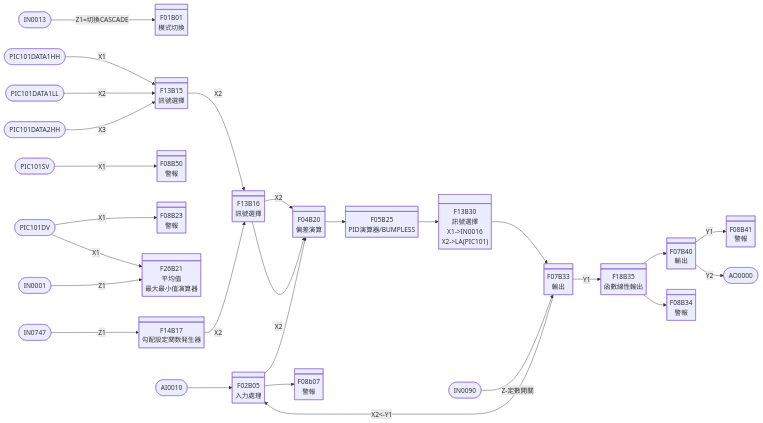
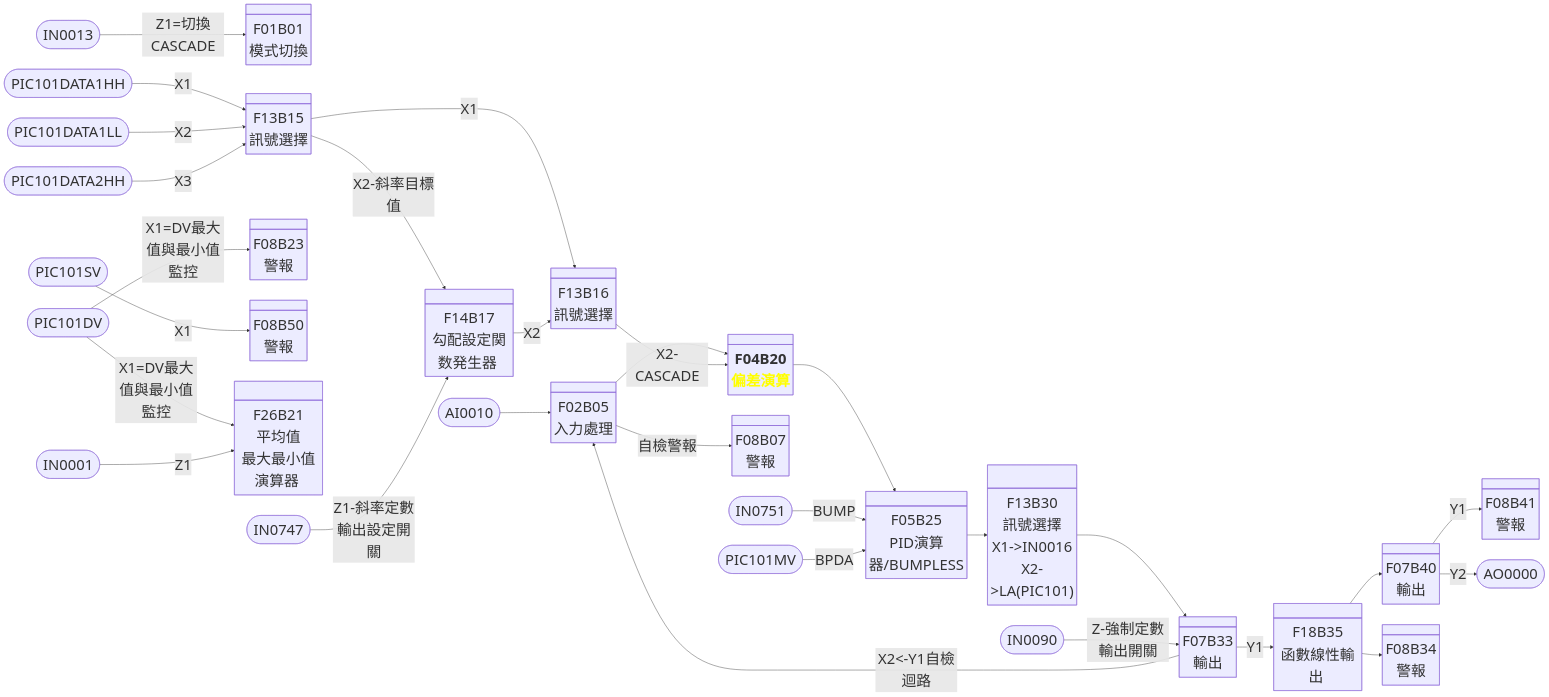
One commit to HachiTsai/Hello-World changed the third of 3 diagrams in EX-N01A-NOTE/ST1-4/DDC/Loop.md. Above: the diagram before and after it, drawn with Mermaid. The commit also changed other lines of this file and 12 other files, not shown here.

````diff
--- a/EX-N01A-NOTE/ST1-4/DDC/Loop.md
+++ b/EX-N01A-NOTE/ST1-4/DDC/Loop.md
@@ -50,65 +50,77 @@
 ```mermaid
+%%{init: {'themeVariables': {'fontSize': '36px'}}}%% 
 flowchart LR
         F01B01@{ shape: div-rect, label: "F01B01<br>模式切換" }
 
         F02B05@{ shape: div-rect, label: "F02B05<br>入力處理" }
-        F04B20@{ shape: div-rect, label: "F04B20<br>偏差演算 " }
+        F04B20@{ shape: div-rect, label: "**F04B20**<br><span style="color: yellow; font-weight: bold;">偏差演算</span>" }
         F05B25@{ shape: div-rect, label: "F05B25<br>PID演算器/BUMPLESS" }
         F13B30@{ shape: div-rect, label: "F13B30<br>訊號選擇<br>X1->IN0016<br>X2->LA(PIC101)"}
         F07B33@{ shape: div-rect, label: "F07B33<br>輸出 " }
-        F08B07@{ shape: div-rect, label: "F08b07<br>警報 " }
+        F08B07@{ shape: div-rect, label: "F08B07<br>警報 " }
 
         F13B15@{ shape: div-rect, label: "F13B15<br>訊號選擇 " }
         F13B16@{ shape: div-rect, label: "F13B16<br>訊號選擇 " }
         F08B23@{ shape: div-rect, label: "F08B23<br>警報 " }
 
         F18B35@{ shape: div-rect, label: "F18B35<br>函數線性輸出 " }
         F07B40@{ shape: div-rect, label: "F07B40<br>輸出 " }
 
         F08B50@{ shape: div-rect, label: "F08B50<br>警報 " }
         F08B34@{ shape: div-rect, label: "F08B34<br>警報 " }
         F08B41@{ shape: div-rect, label: "F08B41<br>警報 " }
         F26B21@{ shape: div-rect, label: "F26B21<br>平均值<br>最大最小值演算器 " }
         F14B17@{ shape: div-rect, label: "F14B17<br>勾配設定関数発生器 " }
 
         PIC101DATA1HH([PIC101DATA1HH])
         PIC101DATA1LL([PIC101DATA1LL])
         PIC101DATA2HH([PIC101DATA2HH])
         IN0747([IN0747])
 
         PIC101SV([PIC101SV])
         IN0013([IN0013])
 
         PIC101DV([PIC101DV])
         IN0001([IN0001])
 
+        IN0751([IN0751])
+        PIC101MV([PIC101MV])
+
 
 
         AI0010([AI0010]) --> F02B05
-        F02B05 --> F04B20 & F08B07
+        F02B05 --> F04B20
         F04B20 --> F05B25
+        IN0751 -->|BUMP| F05B25
+        PIC101MV -->|BPDA| F05B25
         F05B25 --> F13B30
         F13B30 --> F07B33
-        IN0090([IN0090]) -->|Z-定數開關| F07B33
-        F07B33 -->|X2<-Y1| F02B05
+        IN0090([IN0090]) -->|Z-強制定數輸出開關| F07B33
+        
+        %% AI訊號迴路自檢
+        F07B33 -->|X2<-Y1自檢迴路| F02B05
+        F02B05 -->|自檢警報|F08B07
+        
         F07B33 -->|Y1|F18B35
         F18B35 --> F07B40 & F08B34
         F07B40 -->|Y1| F08B41
         F07B40 -->|Y2| AO0000([AO0000])
 
+        %%GMS資料-CASCADE控制
         PIC101DATA1HH -->|X1| F13B15
         PIC101DATA1LL -->|X2| F13B15
         PIC101DATA2HH -->|X3| F13B15
-        F13B15 -->|X2| F13B16
-        IN0747 -->|Z1| F14B17
+        F13B15 -->|X1| F13B16
+        F13B15 -->|X2-斜率目標值| F14B17
+        IN0747 -->|Z1-斜率定數輸出設定開關| F14B17
         F14B17 -->|X2| F13B16
-        F13B16 -->|X2|F04B20
-        F13B16 -->|X2| F04B20
-        
-        %% mode change
+        F13B16 -->|X2-CASCADE|F04B20
+        %%MODE-chage
         IN0013 -->|Z1=切換CASCADE|F01B01
+        %%設定值監控警報
+        PIC101SV -->|X1|F08B50
 
-        PIC101SV -->|X1|F08B50
-        PIC101DV -->|X1|F08B23 & F26B21
+        %%DV最大值與最小值
+        PIC101DV -->|X1=DV最大值與最小值監控|F08B23 & F26B21
         IN0001 -->|Z1|F26B21    
 ```
````
